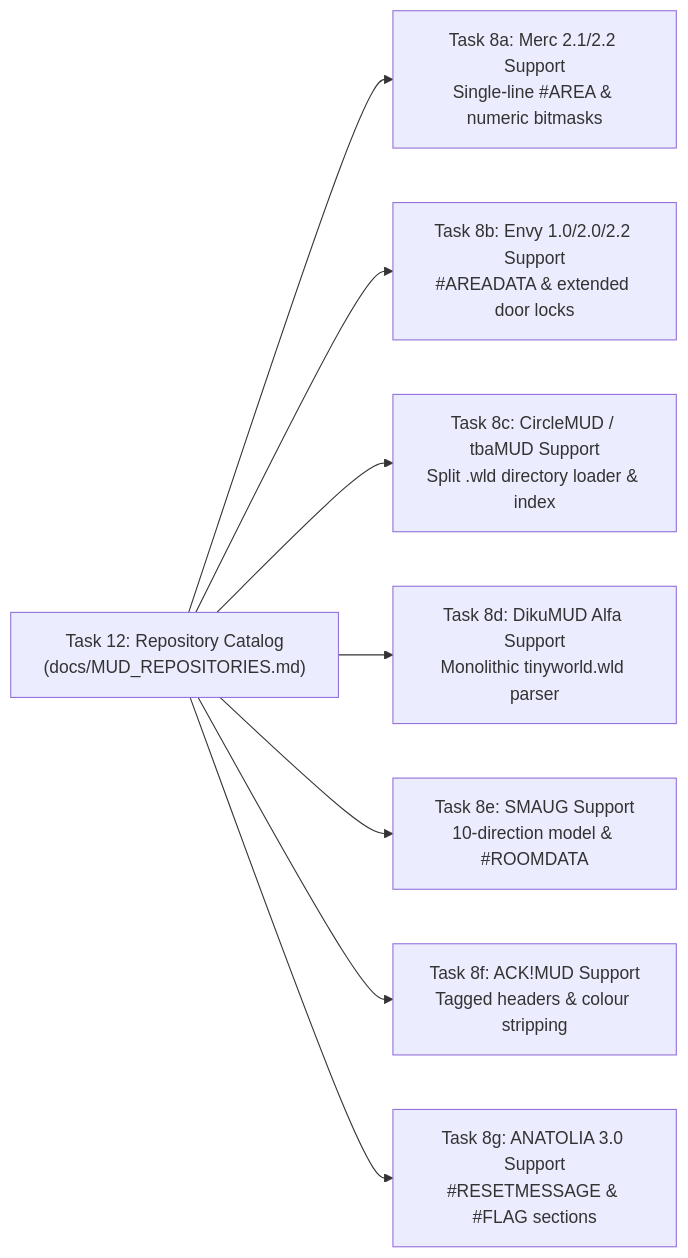
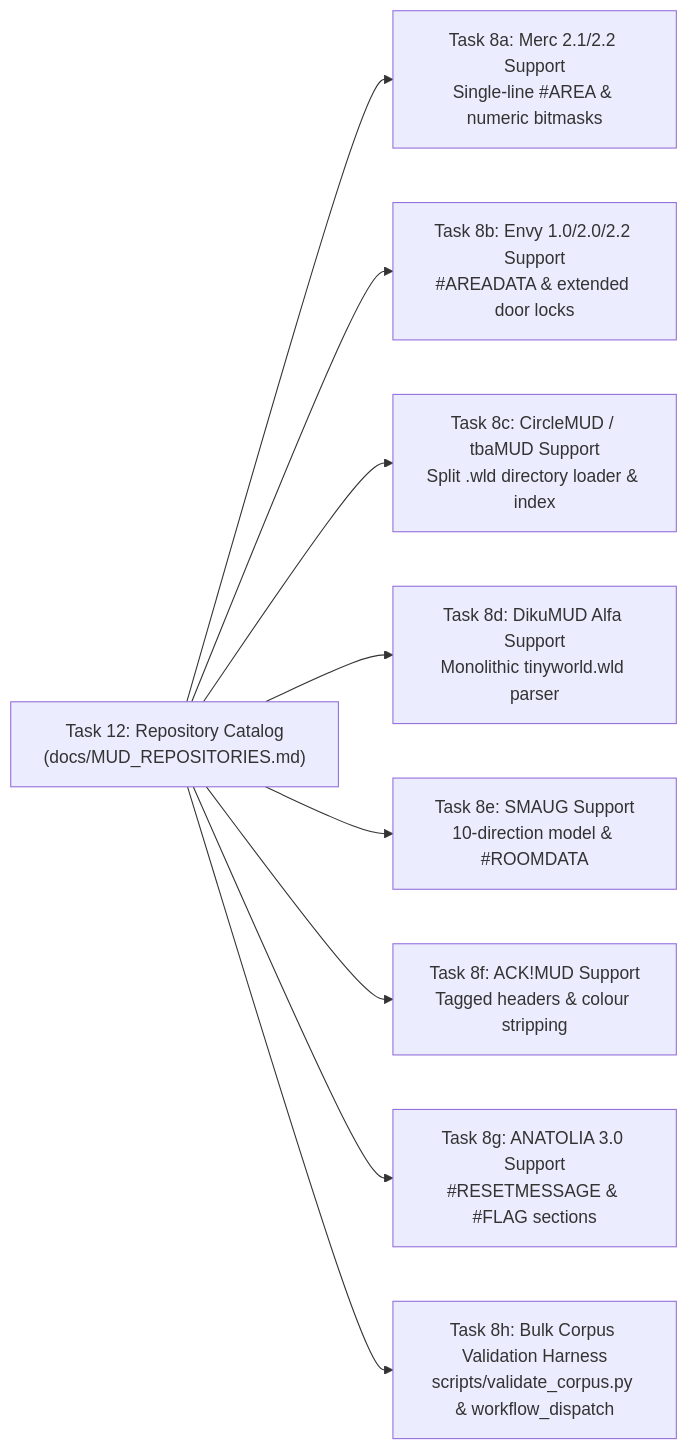
The second of 2 diagrams in docs/MUD_REPOSITORIES.md (mitharen/ROMUtil), drawn with Mermaid before and after one commit. The commit also changed other lines of this file and 1 other file, not shown here.

Commit message:
docs(catalog): add Task 8h for bulk corpus ingestion and validation harness

````diff
--- a/docs/MUD_REPOSITORIES.md
+++ b/docs/MUD_REPOSITORIES.md
@@ -261,11 +261,12 @@
 ```mermaid
 flowchart LR
     Catalog["Task 12: Repository Catalog<br/>(docs/MUD_REPOSITORIES.md)"]
     Catalog --> T8A["Task 8a: Merc 2.1/2.2 Support<br/>Single-line #AREA & numeric bitmasks"]
     Catalog --> T8B["Task 8b: Envy 1.0/2.0/2.2 Support<br/>#AREADATA & extended door locks"]
     Catalog --> T8C["Task 8c: CircleMUD / tbaMUD Support<br/>Split .wld directory loader & index"]
     Catalog --> T8D["Task 8d: DikuMUD Alfa Support<br/>Monolithic tinyworld.wld parser"]
     Catalog --> T8E["Task 8e: SMAUG Support<br/>10-direction model & #ROOMDATA"]
     Catalog --> T8F["Task 8f: ACK!MUD Support<br/>Tagged headers & colour stripping"]
     Catalog --> T8G["Task 8g: ANATOLIA 3.0 Support<br/>#RESETMESSAGE & #FLAG sections"]
+    Catalog --> T8H["Task 8h: Bulk Corpus Validation Harness<br/>scripts/validate_corpus.py & workflow_dispatch"]
 ```
````
